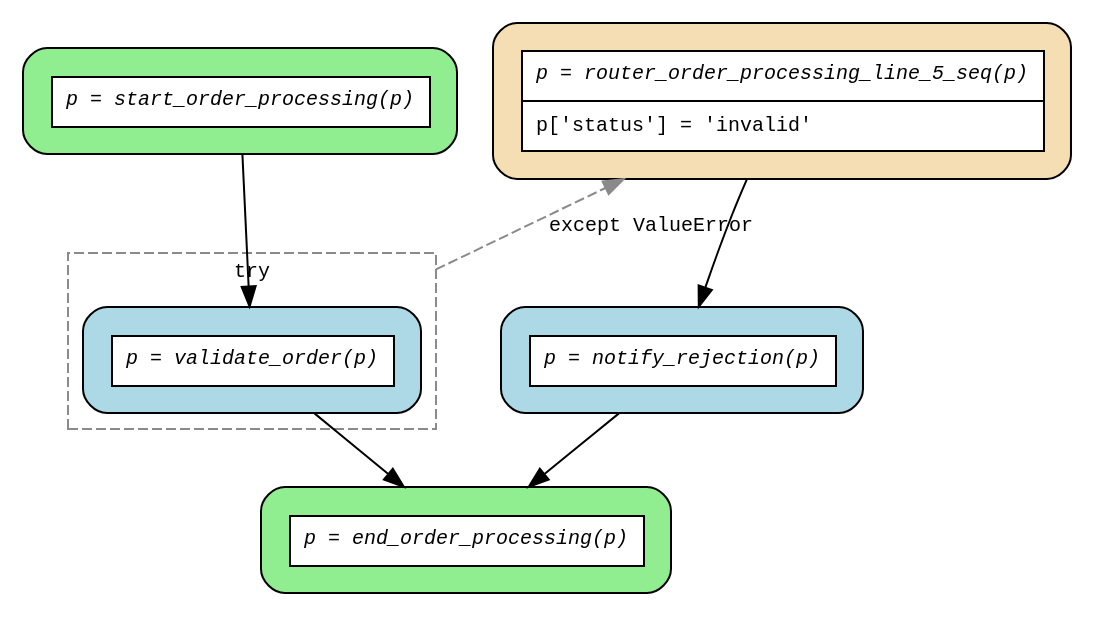
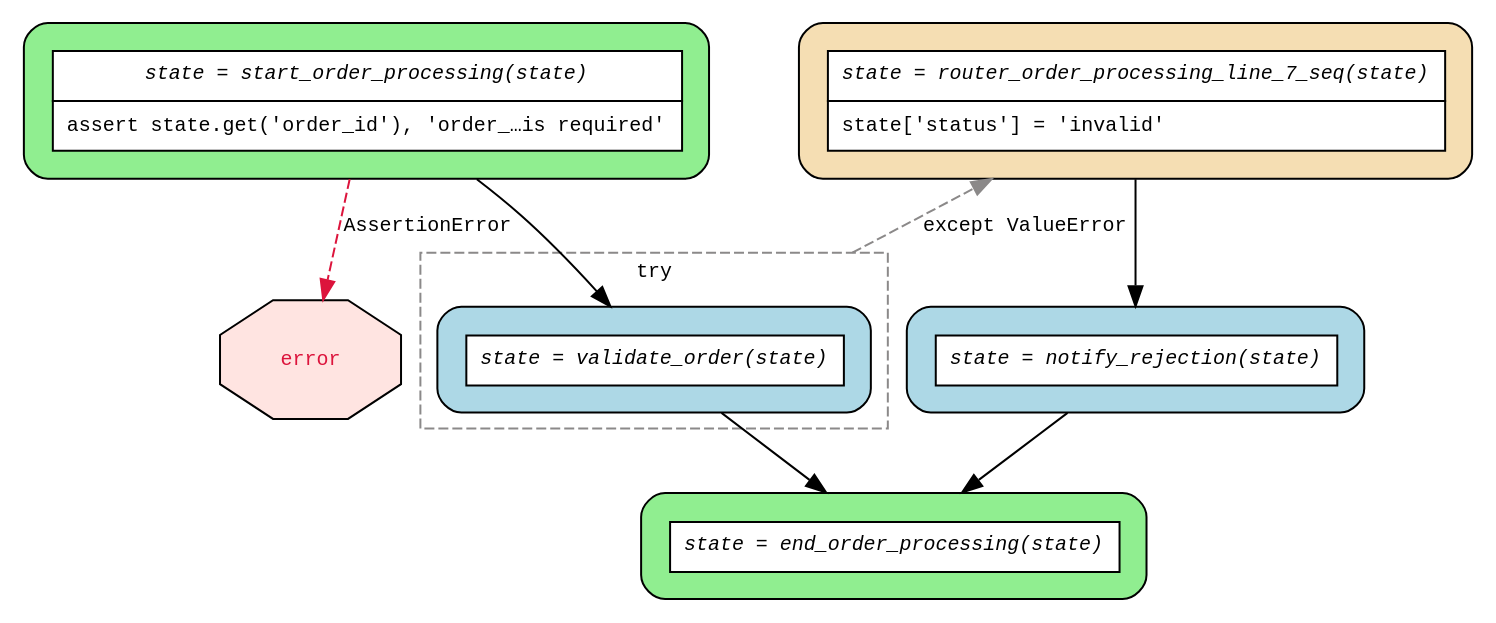
Before and after one commit to mrhillsman-enterprise-ai/asya: the diagram in examples/flows/compiled/try_except_simple/flow.dot, drawn with Graphviz. The commit also changed 34 other files, not shown here.

First line of the commit message:
feat(flow): expand compiler syntax support and improve error messages (#243)

```diff
--- a/examples/flows/compiled/try_except_simple/flow.dot
+++ b/examples/flows/compiled/try_except_simple/flow.dot
@@ -1,26 +1,28 @@
 digraph flow {
   rankdir=TB;
   compound=true;
   graph [fontname="Courier", fontsize=10];
   node [fontname="Courier", fontsize=10, shape=box, style="filled,rounded", margin="0.2"];
   edge [fontname="Courier", fontsize=10];
 
-  start_order_processing [fillcolor="lightgreen", group="main", label=<<table border="0" cellspacing="0" cellpadding="6" cellborder="1"><tr><td bgcolor="white" align="center"><i>p = start_order_processing(p)</i></td></tr></table>>];
-  router_order_processing_line_5_seq [fillcolor="wheat", group="main", label=<<table border="0" cellspacing="0" cellpadding="6" cellborder="1"><tr><td bgcolor="white" align="center"><i>p = router_order_processing_line_5_seq(p)</i></td></tr><tr><td bgcolor="white" align="left">p['status'] = 'invalid'</td></tr></table>>];
-  end_order_processing [fillcolor="lightgreen", group="main", label=<<table border="0" cellspacing="0" cellpadding="6" cellborder="1"><tr><td bgcolor="white" align="center"><i>p = end_order_processing(p)</i></td></tr></table>>];
-  notify_rejection [fillcolor="lightblue", label=<<table border="0" cellspacing="0" cellpadding="6" cellborder="1"><tr><td bgcolor="white" align="center"><i>p = notify_rejection(p)</i></td></tr></table>>];
+  start_order_processing [fillcolor="lightgreen", group="main", label=<<table border="0" cellspacing="0" cellpadding="6" cellborder="1"><tr><td bgcolor="white" align="center"><i>state = start_order_processing(state)</i></td></tr><tr><td bgcolor="white" align="left">assert state.get('order_id'), 'order_…is required'</td></tr></table>>];
+  router_order_processing_line_7_seq [fillcolor="wheat", group="main", label=<<table border="0" cellspacing="0" cellpadding="6" cellborder="1"><tr><td bgcolor="white" align="center"><i>state = router_order_processing_line_7_seq(state)</i></td></tr><tr><td bgcolor="white" align="left">state['status'] = 'invalid'</td></tr></table>>];
+  end_order_processing [fillcolor="lightgreen", group="main", label=<<table border="0" cellspacing="0" cellpadding="6" cellborder="1"><tr><td bgcolor="white" align="center"><i>state = end_order_processing(state)</i></td></tr></table>>];
+  notify_rejection [fillcolor="lightblue", label=<<table border="0" cellspacing="0" cellpadding="6" cellborder="1"><tr><td bgcolor="white" align="center"><i>state = notify_rejection(state)</i></td></tr></table>>];
+  assert_error [shape=octagon, fillcolor="mistyrose", fontcolor="crimson", style=filled, label="error"];
   subgraph cluster_try_0 {
     style=dashed;
     color="snow4";
     fontname="Courier";
     fontsize=10;
     label="try";
-    validate_order [fillcolor="lightblue", label=<<table border="0" cellspacing="0" cellpadding="6" cellborder="1"><tr><td bgcolor="white" align="center"><i>p = validate_order(p)</i></td></tr></table>>];
+    validate_order [fillcolor="lightblue", label=<<table border="0" cellspacing="0" cellpadding="6" cellborder="1"><tr><td bgcolor="white" align="center"><i>state = validate_order(state)</i></td></tr></table>>];
   }
 
   notify_rejection -> end_order_processing;
-  router_order_processing_line_5_seq -> notify_rejection;
+  router_order_processing_line_7_seq -> notify_rejection;
+  start_order_processing -> assert_error [color=crimson, style=dashed, label="AssertionError"];
   start_order_processing -> validate_order;
   validate_order -> end_order_processing;
-  validate_order -> router_order_processing_line_5_seq [ltail=cluster_try_0, color=snow4, style=dashed, label="except ValueError", constraint=false];
+  validate_order -> router_order_processing_line_7_seq [ltail=cluster_try_0, color=snow4, style=dashed, label="except ValueError", constraint=false];
 }
```
